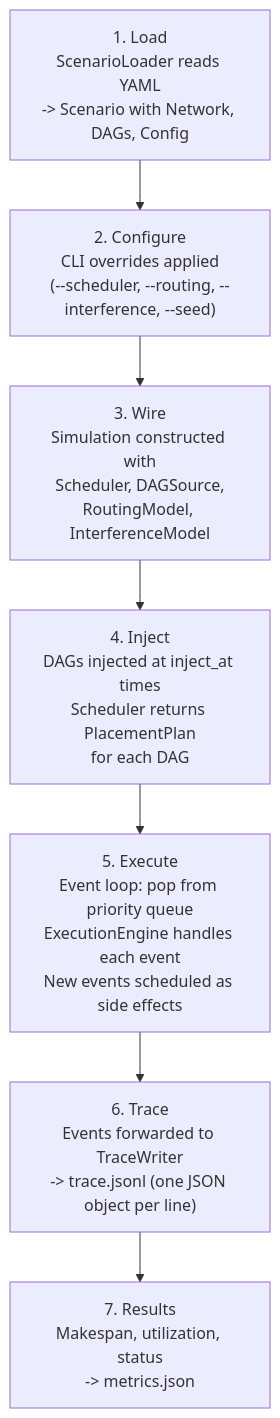
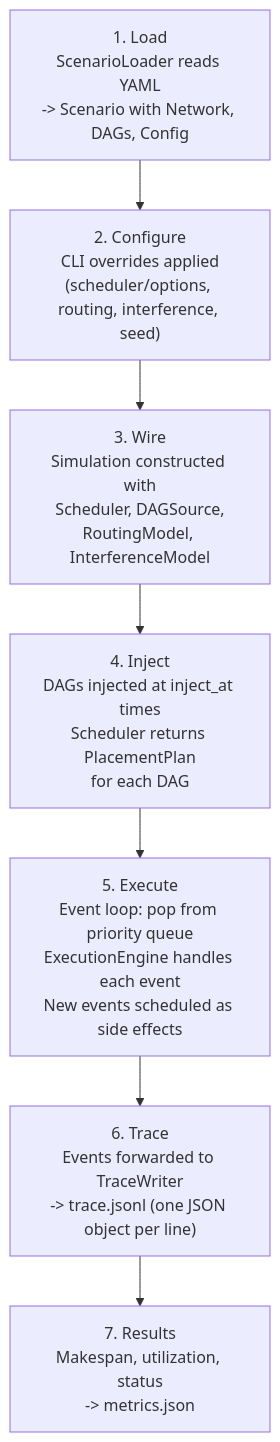
One commit to ANRGUSC/ncsim changed the second of 3 diagrams in docs/concepts/architecture.md. Above: the diagram before and after it, drawn with Mermaid. The commit also changed other lines of this file and 26 other files, not shown here.

````diff
--- a/docs/concepts/architecture.md
+++ b/docs/concepts/architecture.md
@@ -54,10 +54,10 @@
 ```mermaid
 flowchart TD
     A["1. Load<br/>ScenarioLoader reads YAML<br/>-> Scenario with Network, DAGs, Config"] --> B
-    B["2. Configure<br/>CLI overrides applied<br/>(--scheduler, --routing, --interference, --seed)"] --> C
+    B["2. Configure<br/>CLI overrides applied<br/>(scheduler/options, routing, interference, seed)"] --> C
     C["3. Wire<br/>Simulation constructed with<br/>Scheduler, DAGSource,<br/>RoutingModel, InterferenceModel"] --> D
     D["4. Inject<br/>DAGs injected at inject_at times<br/>Scheduler returns PlacementPlan<br/>for each DAG"] --> E
     E["5. Execute<br/>Event loop: pop from priority queue<br/>ExecutionEngine handles each event<br/>New events scheduled as side effects"] --> F
     F["6. Trace<br/>Events forwarded to TraceWriter<br/>-> trace.jsonl (one JSON object per line)"] --> G
     G["7. Results<br/>Makespan, utilization, status<br/>-> metrics.json"]
 ```
````
